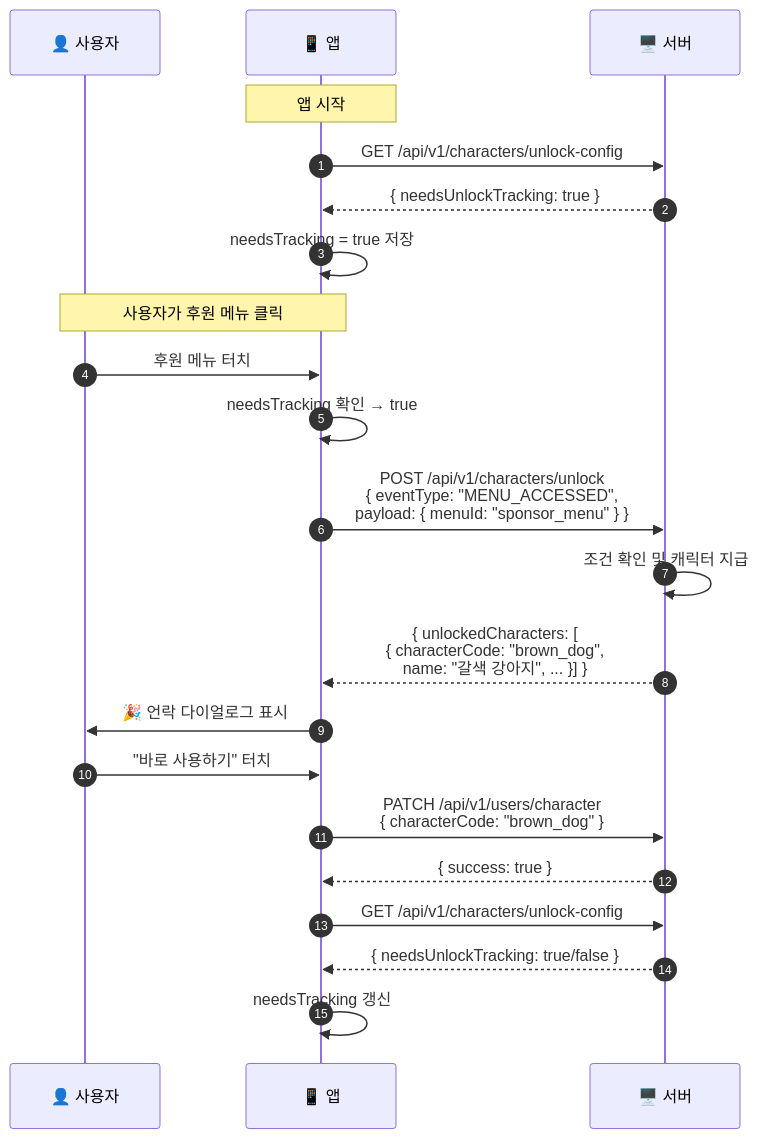
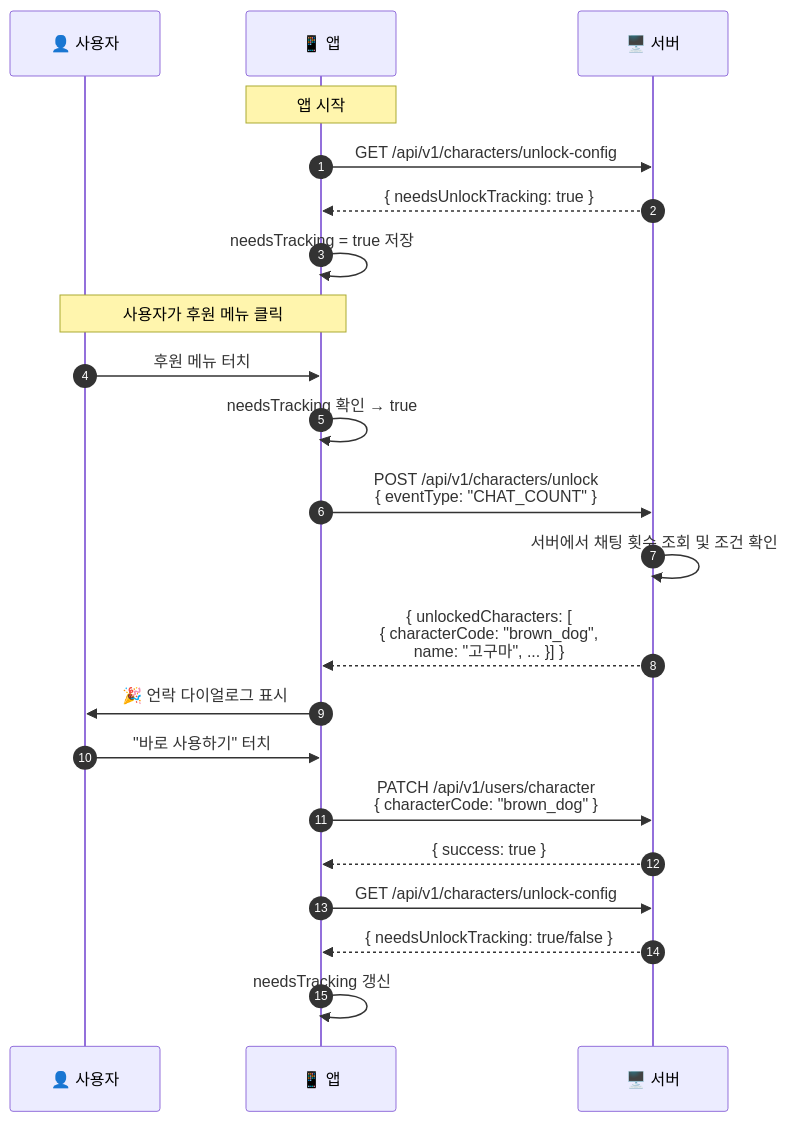
The second of 4 diagrams in docs/frontend/CHARACTER_UNLOCK_CLIENT_GUIDE.md (Jinhjlog/rdv-backend-v2), drawn with Mermaid before and after one commit. The commit also changed other lines of this file, not shown here.

First line of the commit message:
📝 docs: 캐릭터 언락 클라이언트 가이드에 서버 검증 이벤트 문서 추가

````diff
--- a/docs/frontend/CHARACTER_UNLOCK_CLIENT_GUIDE.md
+++ b/docs/frontend/CHARACTER_UNLOCK_CLIENT_GUIDE.md
@@ -98,31 +99,31 @@
 ```mermaid
 sequenceDiagram
     autonumber
     participant User as 👤 사용자
     participant App as 📱 앱
     participant API as 🖥️ 서버
 
     Note over App: 앱 시작
     App->>API: GET /api/v1/characters/unlock-config
     API-->>App: { needsUnlockTracking: true }
     App->>App: needsTracking = true 저장
 
     Note over User,App: 사용자가 후원 메뉴 클릭
     User->>App: 후원 메뉴 터치
     App->>App: needsTracking 확인 → true
 
-    App->>API: POST /api/v1/characters/unlock<br/>{ eventType: "MENU_ACCESSED",<br/>  payload: { menuId: "sponsor_menu" } }
+    App->>API: POST /api/v1/characters/unlock<br/>{ eventType: "CHAT_COUNT" }
 
-    API->>API: 조건 확인 및 캐릭터 지급
-    API-->>App: { unlockedCharacters: [<br/>  { characterCode: "brown_dog",<br/>    name: "갈색 강아지", ... }] }
+    API->>API: 서버에서 채팅 횟수 조회 및 조건 확인
+    API-->>App: { unlockedCharacters: [<br/>  { characterCode: "brown_dog",<br/>    name: "고구마", ... }] }
 
     App->>User: 🎉 언락 다이얼로그 표시
     User->>App: "바로 사용하기" 터치
 
     App->>API: PATCH /api/v1/users/character<br/>{ characterCode: "brown_dog" }
     API-->>App: { success: true }
 
     App->>API: GET /api/v1/characters/unlock-config
     API-->>App: { needsUnlockTracking: true/false }
     App->>App: needsTracking 갱신
 ```
````
